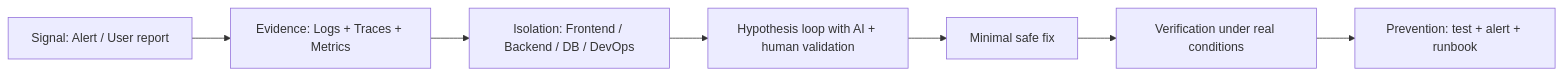
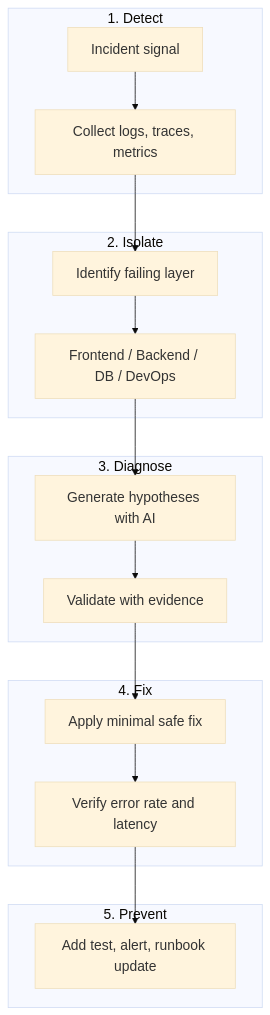
One commit to VishakhaVB/ai-debugging-playbook changed the first of 2 diagrams in README.md. Above: the diagram before and after it, drawn with Mermaid. The commit also changed other lines of this file, not shown here.

Commit message:
Center top badges in README

````diff
--- a/README.md
+++ b/README.md
@@ -107,9 +106,36 @@
 ```mermaid
-flowchart LR
-	A[Signal: Alert / User report] --> B[Evidence: Logs + Traces + Metrics]
-	B --> C[Isolation: Frontend / Backend / DB / DevOps]
-	C --> D[Hypothesis loop with AI + human validation]
-	D --> E[Minimal safe fix]
-	E --> F[Verification under real conditions]
-	F --> G[Prevention: test + alert + runbook]
+%%{init: {'theme':'base','themeVariables': {'fontSize':'18px'}}}%%
+flowchart TB
+	subgraph S1[1. Detect]
+		A[Incident signal]
+		B[Collect logs, traces, metrics]
+		A --> B
+	end
+
+	subgraph S2[2. Isolate]
+		C[Identify failing layer]
+		D[Frontend / Backend / DB / DevOps]
+		C --> D
+	end
+
+	subgraph S3[3. Diagnose]
+		E[Generate hypotheses with AI]
+		F[Validate with evidence]
+		E --> F
+	end
+
+	subgraph S4[4. Fix]
+		G[Apply minimal safe fix]
+		H[Verify error rate and latency]
+		G --> H
+	end
+
+	subgraph S5[5. Prevent]
+		I[Add test, alert, runbook update]
+	end
+
+	B --> C
+	D --> E
+	F --> G
+	H --> I
 ```
````
